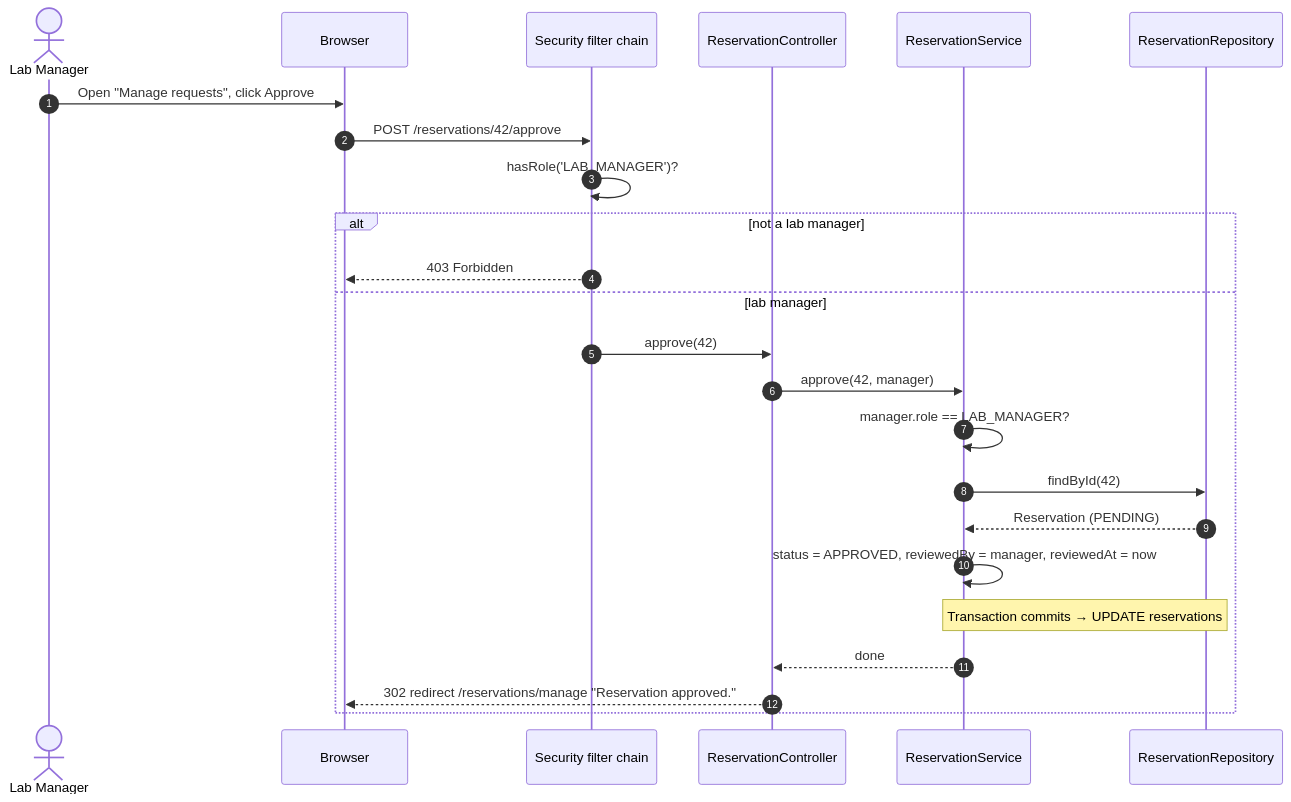
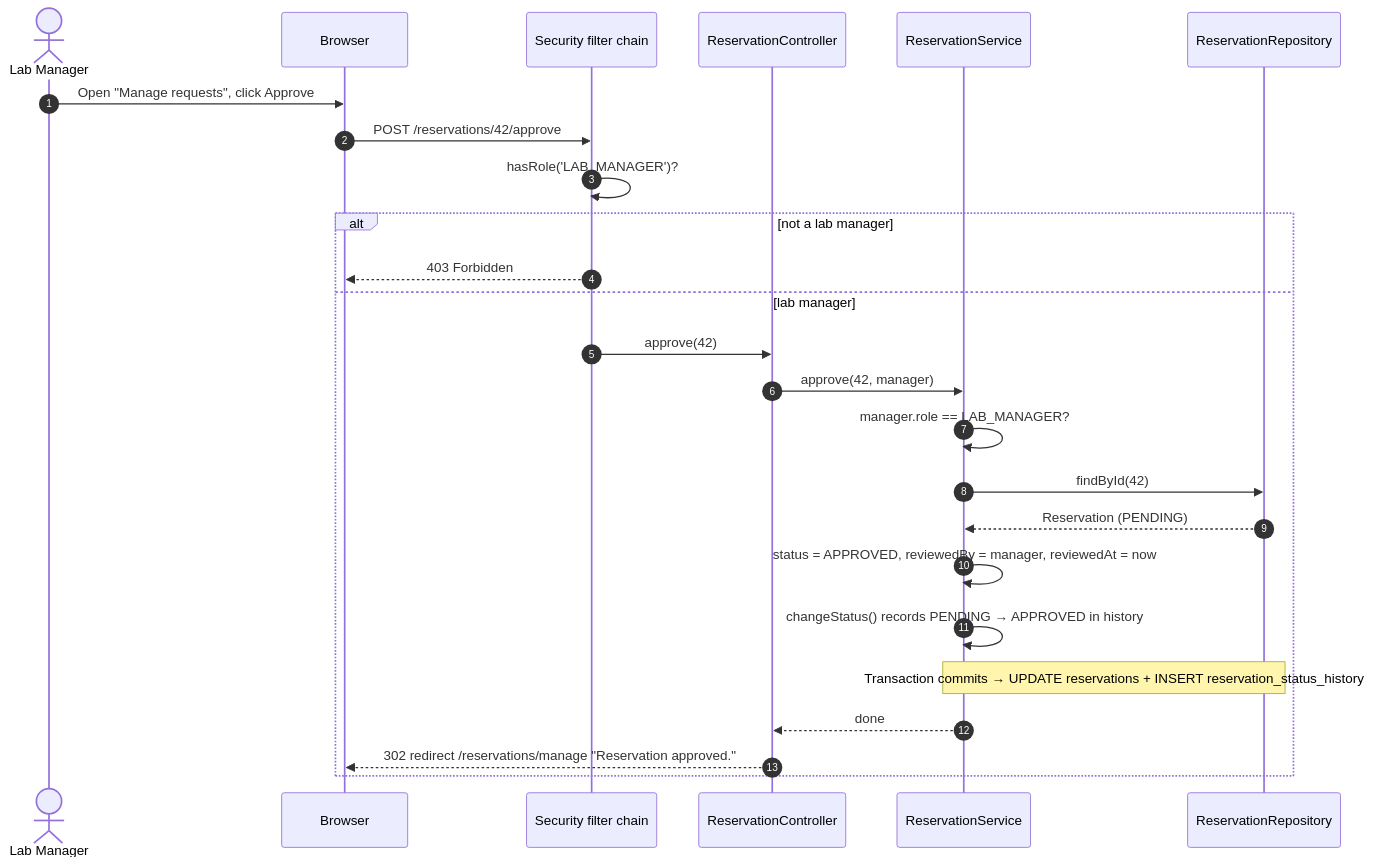
Before and after one commit to westonm05/Reservation-Project: the sixth of 7 diagrams in docs/uml.md, drawn with Mermaid. The commit also changed other lines of this file and 4 other files, not shown here.

First line of the commit message:
docs: update UML for Milestone 3 and add Sprint 3 burndown (#8)

````diff
--- a/docs/uml.md
+++ b/docs/uml.md
@@ -265,27 +378,28 @@
 ```mermaid
 sequenceDiagram
     autonumber
     actor M as Lab Manager
     participant B as Browser
     participant SEC as Security filter chain
     participant RC as ReservationController
     participant RS as ReservationService
     participant RR as ReservationRepository
 
     M->>B: Open "Manage requests", click Approve
     B->>SEC: POST /reservations/42/approve
     SEC->>SEC: hasRole('LAB_MANAGER')?
     alt not a lab manager
         SEC-->>B: 403 Forbidden
     else lab manager
         SEC->>RC: approve(42)
         RC->>RS: approve(42, manager)
         RS->>RS: manager.role == LAB_MANAGER?
         RS->>RR: findById(42)
         RR-->>RS: Reservation (PENDING)
         RS->>RS: status = APPROVED, reviewedBy = manager, reviewedAt = now
-        Note over RS,RR: Transaction commits → UPDATE reservations
+        RS->>RS: changeStatus() records PENDING → APPROVED in history
+        Note over RS,RR: Transaction commits → UPDATE reservations + INSERT reservation_status_history
         RS-->>RC: done
         RC-->>B: 302 redirect /reservations/manage "Reservation approved."
     end
 ```
````
